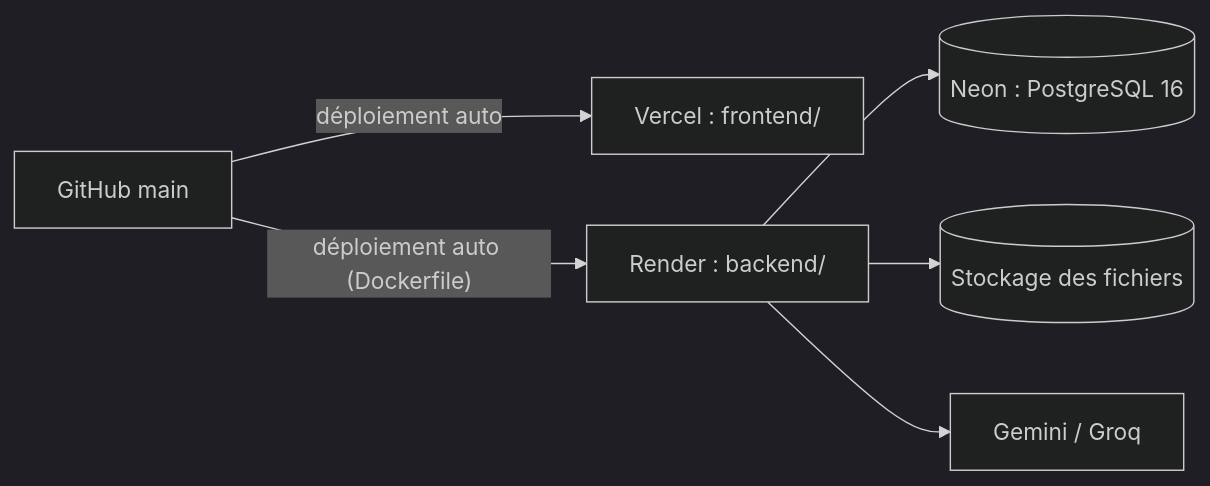
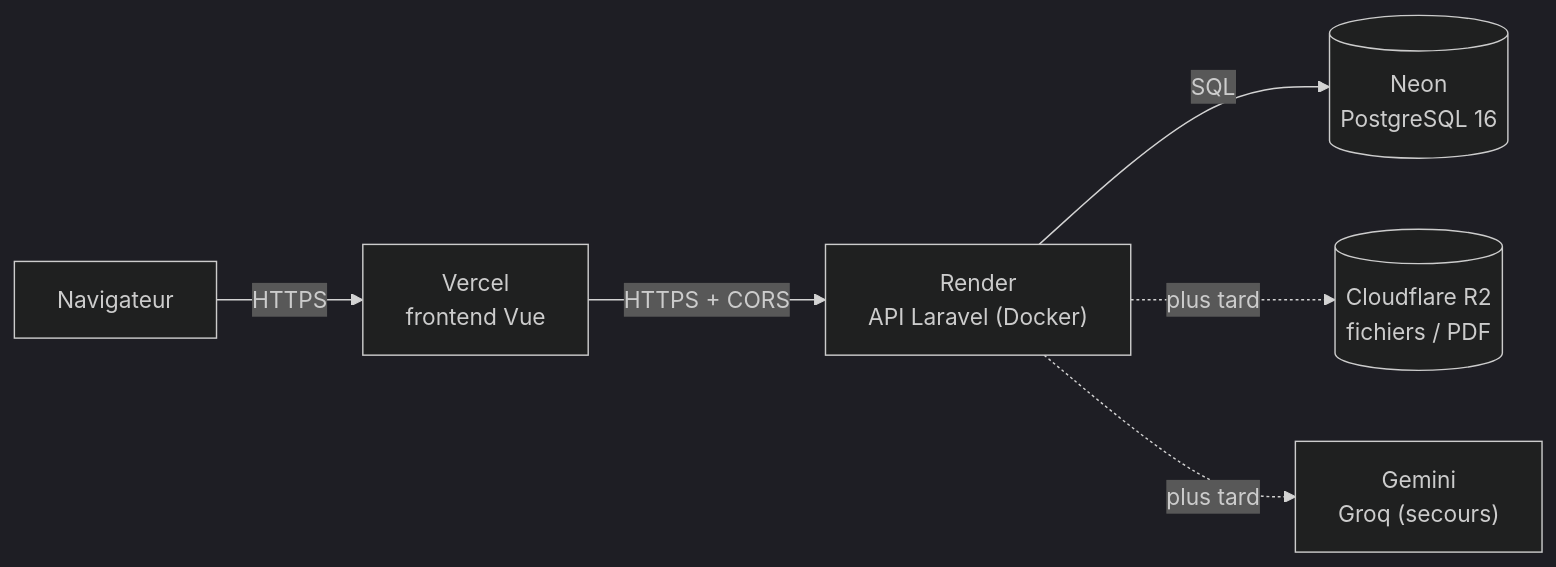
The diagram in docs/deploiement.md (ChahredineBACCOUCH/uniconnect), drawn with Mermaid (dark theme) before and after one commit. The commit also changed other lines of this file, not shown here.

````diff
--- a/docs/deploiement.md
+++ b/docs/deploiement.md
@@ -5,8 +13,8 @@
 ```mermaid
 flowchart LR
-  GH["GitHub main"] -->|"déploiement auto"| VE["Vercel : frontend/"]
-  GH -->|"déploiement auto (Dockerfile)"| RE["Render : backend/"]
-  RE --> NE[("Neon : PostgreSQL 16")]
-  RE --> ST[("Stockage des fichiers")]
-  RE --> IA["Gemini / Groq"]
+  B["Navigateur"] -->|"HTTPS"| VE["Vercel<br/>frontend Vue"]
+  VE -->|"HTTPS + CORS"| RE["Render<br/>API Laravel (Docker)"]
+  RE -->|"SQL"| NE[("Neon<br/>PostgreSQL 16")]
+  RE -.->|"plus tard"| R2[("Cloudflare R2<br/>fichiers / PDF")]
+  RE -.->|"plus tard"| IA["Gemini<br/>Groq (secours)"]
 ```
````
